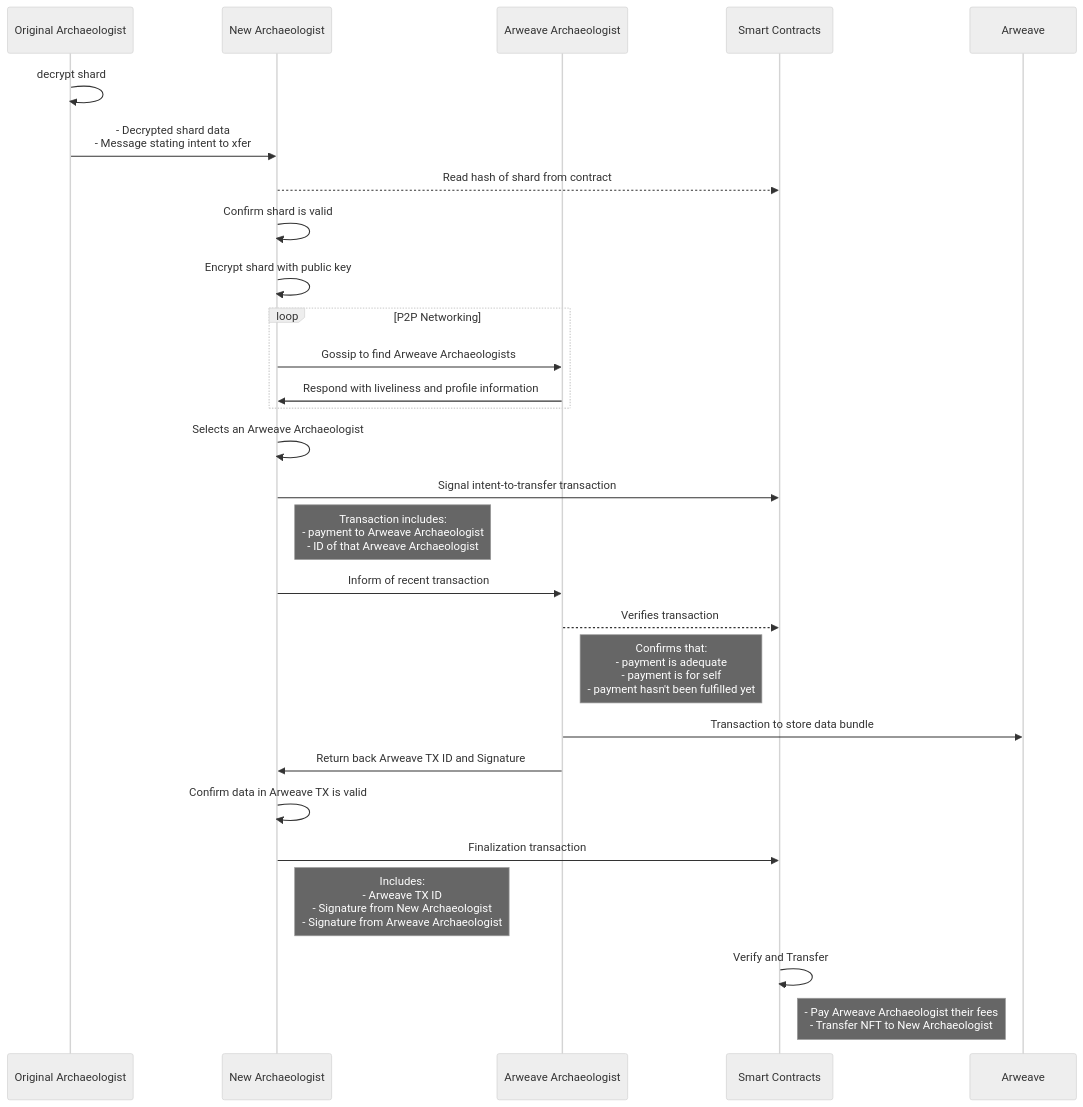
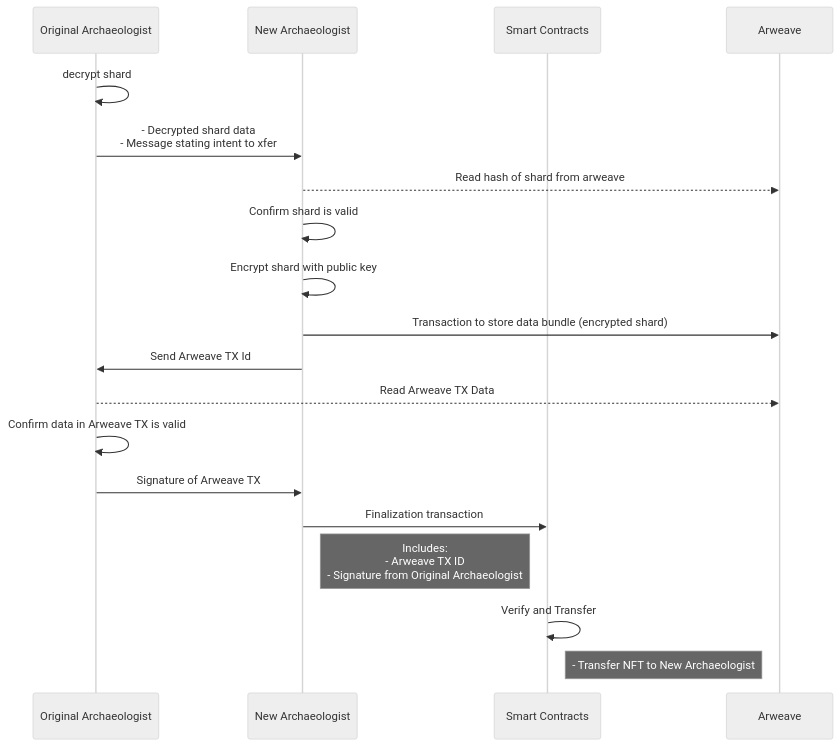
The diagram in transfer-sarcophagus-rights-and-responsibilities.md (sarcophagus-org/sarcophagus-v2-specs), drawn with Mermaid (neutral theme) before and after one commit. The commit also changed 2 other files, not shown here.

Commit message:
update system reqs with more details

````diff
--- a/transfer-sarcophagus-rights-and-responsibilities.md
+++ b/transfer-sarcophagus-rights-and-responsibilities.md
@@ -1,50 +1,35 @@
 ```mermaid
 sequenceDiagram
   participant Original Archaeologist
   participant New Archaeologist
-  participant Arweave Archaeologist
   participant Smart Contracts
   participant Arweave
 
   Original Archaeologist->>Original Archaeologist: decrypt shard
 
   Original Archaeologist->>New Archaeologist: - Decrypted shard data<br/>- Message stating intent to xfer
 
-  New Archaeologist-->>Smart Contracts: Read hash of shard from contract
+  New Archaeologist-->>Arweave: Read hash of shard from arweave
 
   New Archaeologist->>New Archaeologist: Confirm shard is valid
 
   New Archaeologist->>New Archaeologist: Encrypt shard with public key
 
-  loop P2P Networking
-    New Archaeologist->>Arweave Archaeologist: Gossip to find Arweave Archaeologists
+  New Archaeologist->>Arweave: Transaction to store data bundle (encrypted shard)
 
-    Arweave Archaeologist->>New Archaeologist: Respond with liveliness and profile information
-  end
-
-  New Archaeologist->>New Archaeologist: Selects an Arweave Archaeologist
-
-  New Archaeologist->>Smart Contracts: Signal intent-to-transfer transaction
-
-  Note right of New Archaeologist: Transaction includes:<br/>- payment to Arweave Archaeologist<br/>- ID of that Arweave Archaeologist
-
-  New Archaeologist->>Arweave Archaeologist: Inform of recent transaction
-
-  Arweave Archaeologist-->>Smart Contracts: Verifies transaction
-
-  Note right of Arweave Archaeologist: Confirms that:<br/>- payment is adequate<br/>- payment is for self<br/>- payment hasn't been fulfilled yet
-
-  Arweave Archaeologist->>Arweave: Transaction to store data bundle
-
-  Arweave Archaeologist->> New Archaeologist: Return back Arweave TX ID and Signature
-
-  New Archaeologist->>New Archaeologist: Confirm data in Arweave TX is valid
+  New Archaeologist->>Original Archaeologist: Send Arweave TX Id
+  
+  Original Archaeologist-->>Arweave: Read Arweave TX Data
+  
+  Original Archaeologist->>Original Archaeologist: Confirm data in Arweave TX is valid
+  
+  Original Archaeologist->>New Archaeologist: Signature of Arweave TX
 
   New Archaeologist->>Smart Contracts: Finalization transaction
 
-  Note right of New Archaeologist: Includes:<br/>- Arweave TX ID<br/>- Signature from New Archaeologist<br/>- Signature from Arweave Archaeologist
+  Note right of New Archaeologist: Includes:<br/>- Arweave TX ID<br/>- Signature from Original Archaeologist
 
   Smart Contracts->>Smart Contracts: Verify and Transfer
 
-  Note right of Smart Contracts: - Pay Arweave Archaeologist their fees<br/>- Transfer NFT to New Archaeologist
+  Note right of Smart Contracts: - Transfer NFT to New Archaeologist
 ```
````
